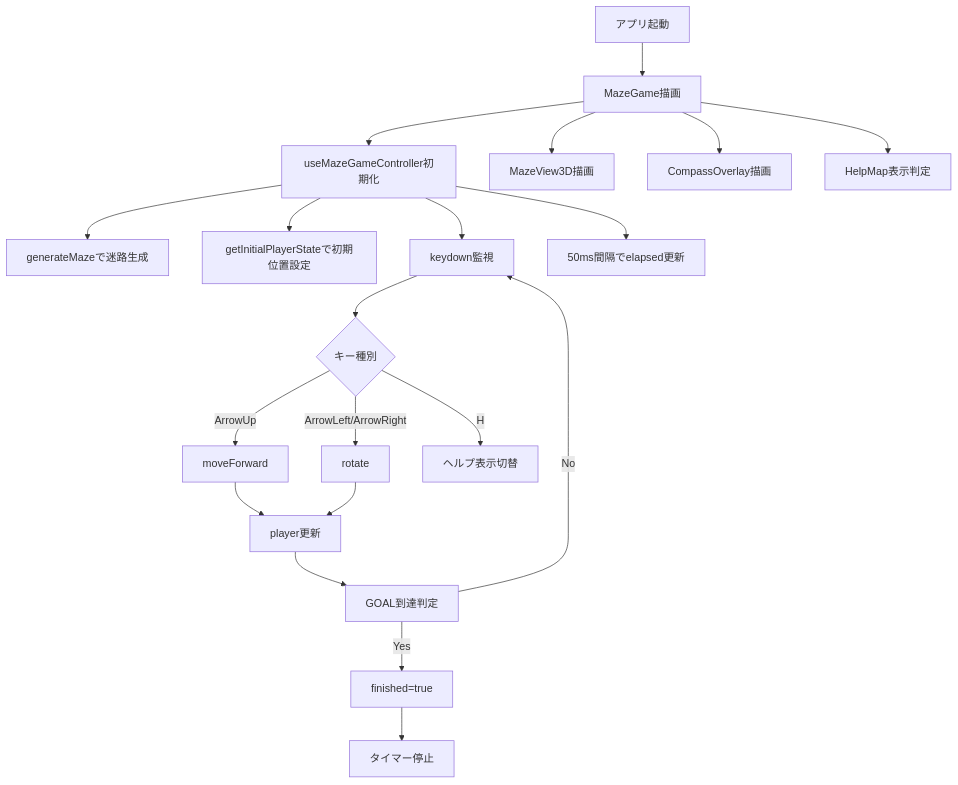
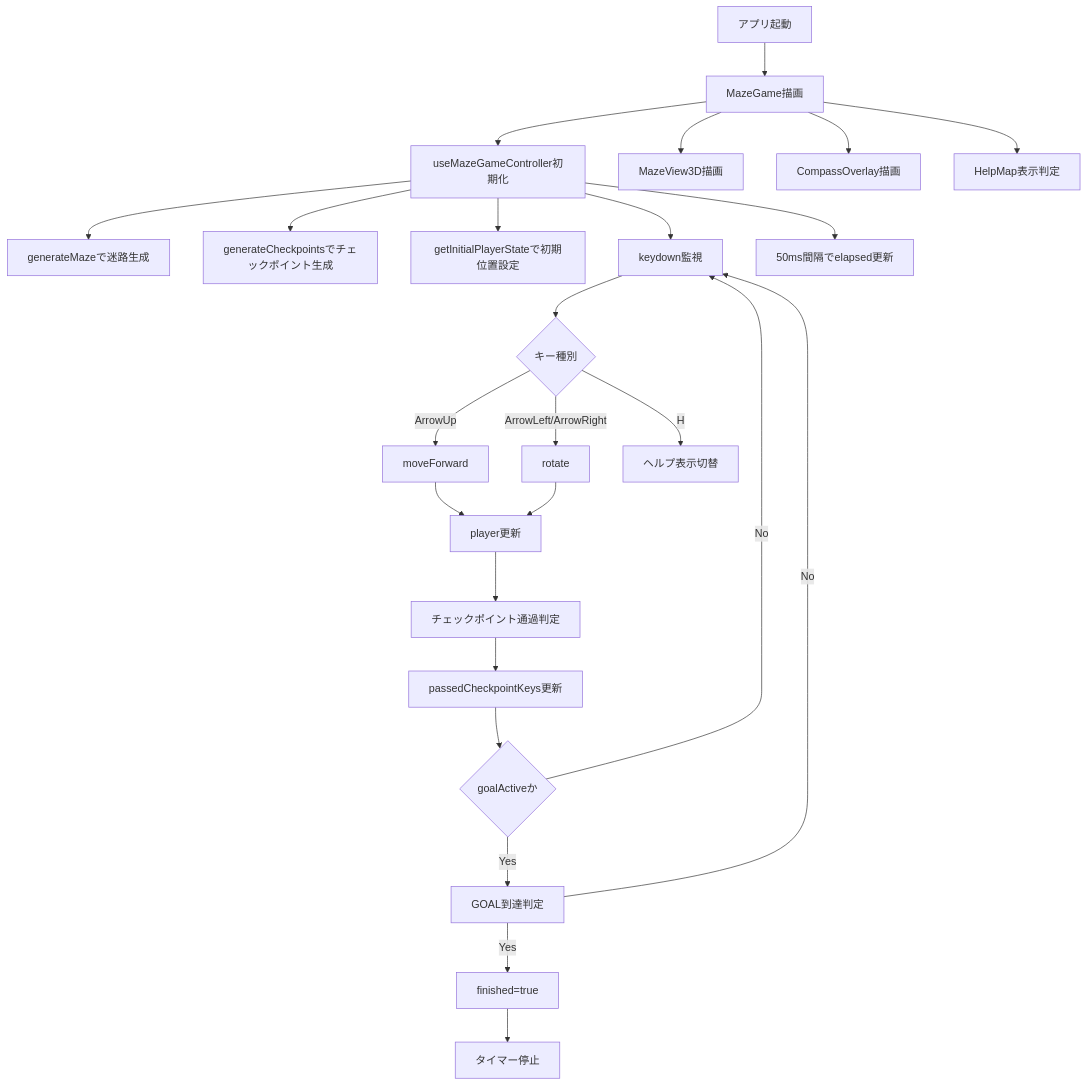
One commit to hollyteds/maze changed the first of 2 diagrams in docs/maze-architecture.md. Above: the diagram before and after it, drawn with Mermaid. The commit also changed other lines of this file and 8 other files, not shown here.

````diff
--- a/docs/maze-architecture.md
+++ b/docs/maze-architecture.md
@@ -30,23 +32,28 @@
 ```mermaid
 flowchart TD
   A[アプリ起動] --> B[MazeGame描画]
   B --> C[useMazeGameController初期化]
   C --> D[generateMazeで迷路生成]
+  C --> D2[generateCheckpointsでチェックポイント生成]
   C --> E[getInitialPlayerStateで初期位置設定]
   B --> F[MazeView3D描画]
   B --> G[CompassOverlay描画]
   B --> H[HelpMap表示判定]
 
   C --> I[keydown監視]
   I --> J{キー種別}
   J -->|ArrowUp| K[moveForward]
   J -->|ArrowLeft/ArrowRight| L[rotate]
   J -->|H| M[ヘルプ表示切替]
   K --> N[player更新]
   L --> N
-  N --> O[GOAL到達判定]
-  O -->|Yes| P[finished=true]
-  O -->|No| I
-  C --> Q[50ms間隔でelapsed更新]
-  P --> R[タイマー停止]
+  N --> O[チェックポイント通過判定]
+  O --> P[passedCheckpointKeys更新]
+  P --> Q{goalActiveか}
+  Q -->|No| I
+  Q -->|Yes| R[GOAL到達判定]
+  R -->|Yes| S[finished=true]
+  R -->|No| I
+  C --> U[50ms間隔でelapsed更新]
+  S --> T[タイマー停止]
 ```
````
